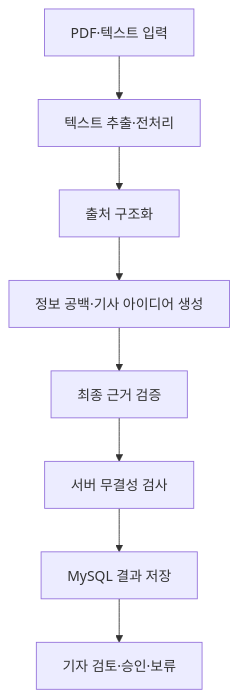
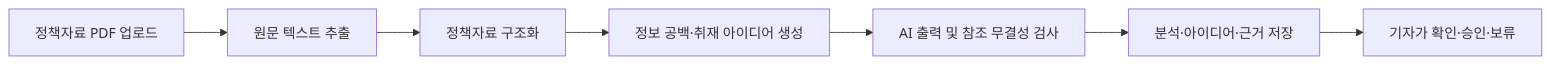
The diagram in README.md (csy04x2/RGF), drawn with Mermaid before and after one commit. The commit also changed other lines of this file and 3 other files, not shown here.

````diff
--- a/README.md
+++ b/README.md
@@ -178,10 +41,9 @@
 ```mermaid
-flowchart TD
-    A["PDF·텍스트 입력"] --> B["텍스트 추출·전처리"]
-    B --> C["출처 구조화"]
-    C --> D["정보 공백·기사 아이디어 생성"]
-    D --> E["최종 근거 검증"]
-    E --> F["서버 무결성 검사"]
-    F --> G["MySQL 결과 저장"]
-    G --> H["기자 검토·승인·보류"]
+flowchart LR
+    A[정책자료 PDF 업로드] --> B[원문 텍스트 추출]
+    B --> C[정책자료 구조화]
+    C --> D[정보 공백·취재 아이디어 생성]
+    D --> E[AI 출력 및 참조 무결성 검사]
+    E --> F[분석·아이디어·근거 저장]
+    F --> G[기자가 확인·승인·보류]
 ```
````
